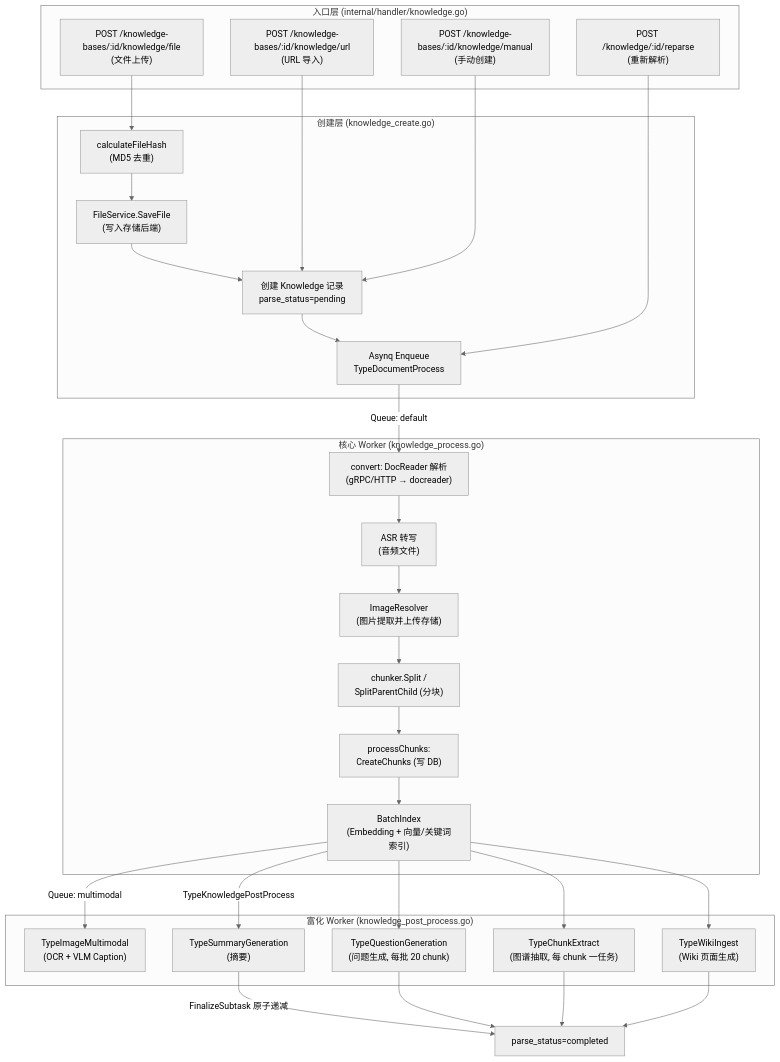
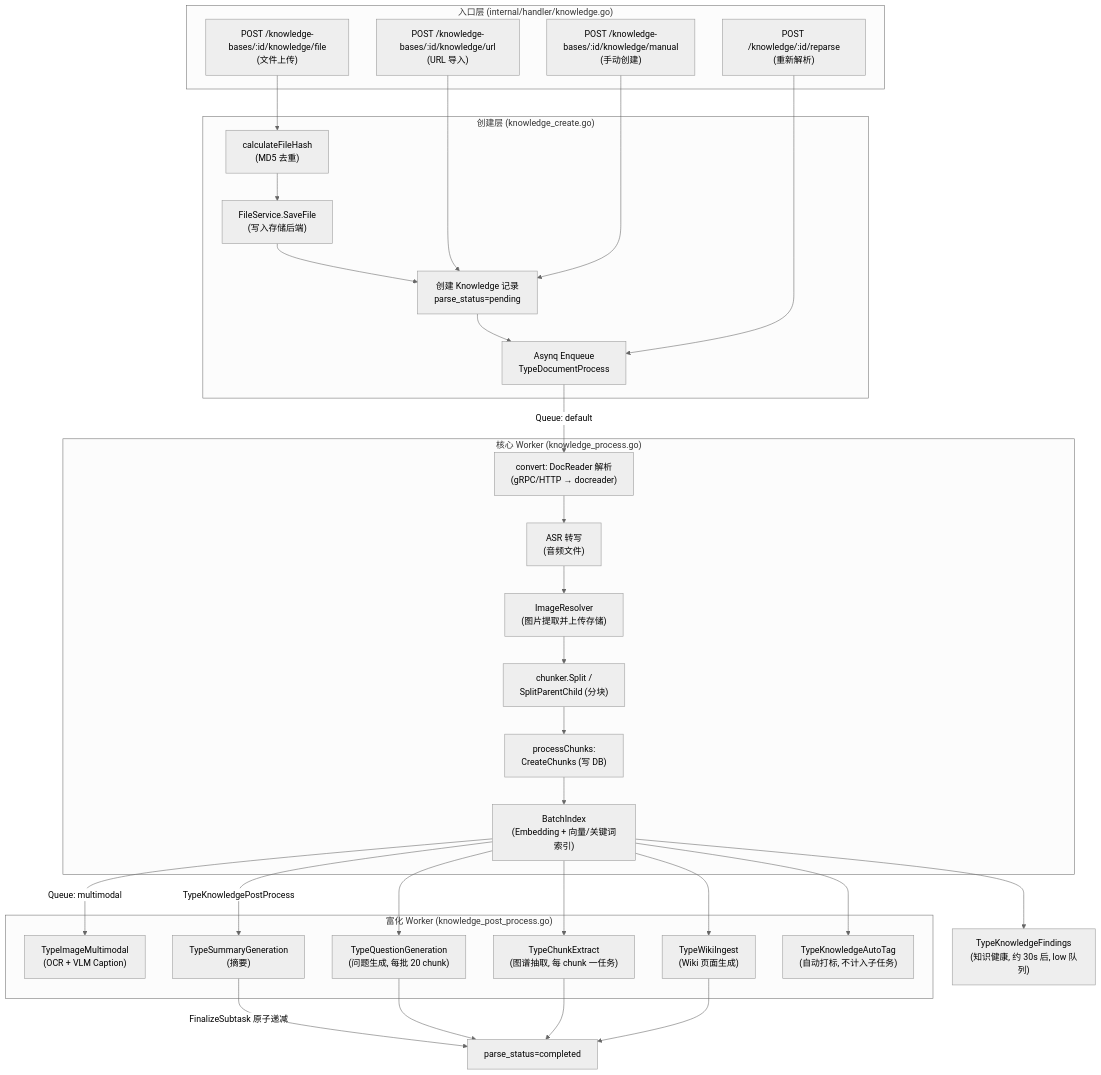
The first of 2 diagrams in website-docs/02-architecture/03-document-pipeline.md (magicyuan876/Yuheng), drawn with Mermaid (neutral theme) before and after one commit. The commit also changed other lines of this file and 11 other files, not shown here.

First line of the commit message:
docs(site): getting started and architecture checked against the code

````diff
--- a/website-docs/02-architecture/03-document-pipeline.md
+++ b/website-docs/02-architecture/03-document-pipeline.md
@@ -26,49 +28,53 @@
 ```mermaid
 flowchart TD
     subgraph Entry["入口层 (internal/handler/knowledge.go)"]
         A1["POST /knowledge-bases/:id/knowledge/file<br/>(文件上传)"]
         A2["POST /knowledge-bases/:id/knowledge/url<br/>(URL 导入)"]
         A3["POST /knowledge-bases/:id/knowledge/manual<br/>(手动创建)"]
         A4["POST /knowledge/:id/reparse<br/>(重新解析)"]
     end
 
     subgraph Create["创建层 (knowledge_create.go)"]
         B1["calculateFileHash<br/>(MD5 去重)"]
         B2["FileService.SaveFile<br/>(写入存储后端)"]
         B3["创建 Knowledge 记录<br/>parse_status=pending"]
         B4["Asynq Enqueue<br/>TypeDocumentProcess"]
     end
 
     subgraph Worker["核心 Worker (knowledge_process.go)"]
         C1["convert: DocReader 解析<br/>(gRPC/HTTP → docreader)"]
         C1a["ASR 转写<br/>(音频文件)"]
         C2["ImageResolver<br/>(图片提取并上传存储)"]
         C3["chunker.Split /<br/>SplitParentChild (分块)"]
         C4["processChunks:<br/>CreateChunks (写 DB)"]
         C5["BatchIndex<br/>(Embedding + 向量/关键词索引)"]
     end
 
     subgraph Enrich["富化 Worker (knowledge_post_process.go)"]
         D1["TypeImageMultimodal<br/>(OCR + VLM Caption)"]
         D2["TypeSummaryGeneration<br/>(摘要)"]
         D3["TypeQuestionGeneration<br/>(问题生成, 每批 20 chunk)"]
         D4["TypeChunkExtract<br/>(图谱抽取, 每 chunk 一任务)"]
         D5["TypeWikiIngest<br/>(Wiki 页面生成)"]
+        D6["TypeKnowledgeAutoTag<br/>(自动打标, 不计入子任务)"]
     end
+    F["TypeKnowledgeFindings<br/>(知识健康, 约 30s 后, low 队列)"]
 
     A1 --> B1 --> B2 --> B3 --> B4
     A2 --> B3
     A3 --> B3
     A4 --> B4
     B4 -->|"Queue: default"| C1
     C1 --> C1a --> C2 --> C3 --> C4 --> C5
     C5 -->|"Queue: multimodal"| D1
     C5 -->|"TypeKnowledgePostProcess"| D2
     C5 --> D3
     C5 --> D4
     C5 --> D5
+    C5 --> D6
+    C5 --> F
     D2 -->|"FinalizeSubtask 原子递减"| E["parse_status=completed"]
     D3 --> E
     D4 --> E
     D5 --> E
 ```
````
